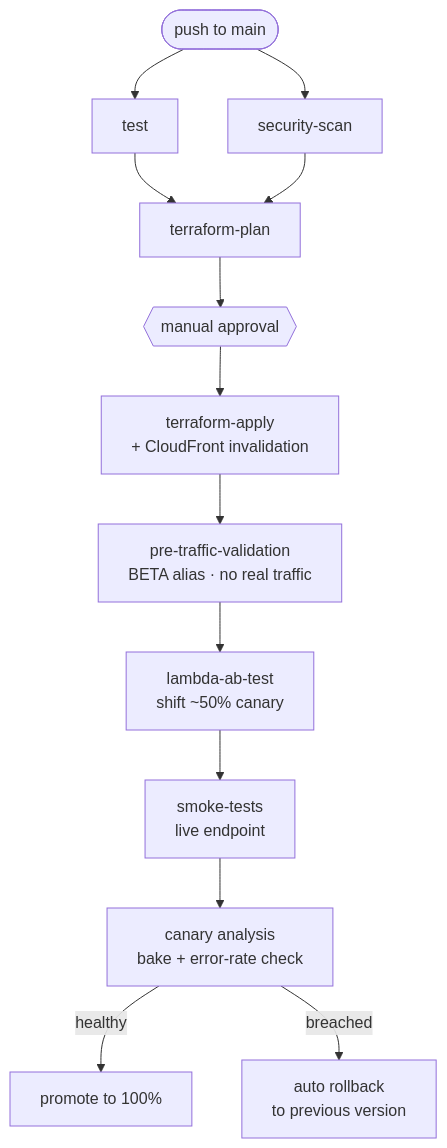
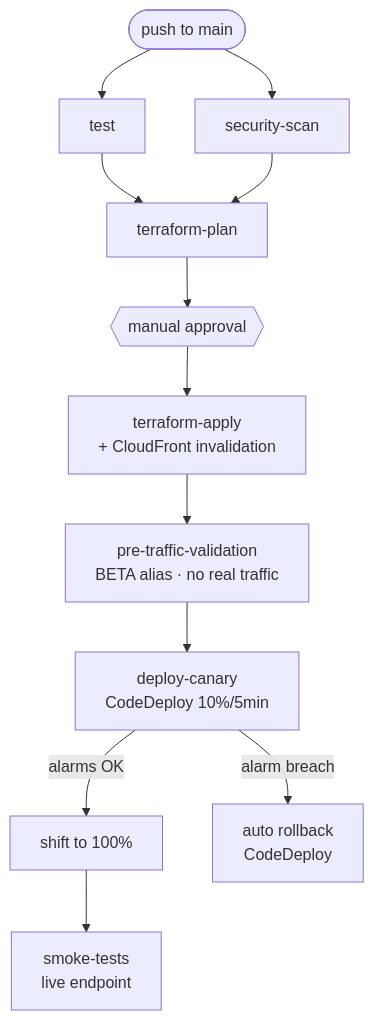
Before and after one commit to 4Min4m/TransactionSimulator: the second of 2 diagrams in README.md, drawn with Mermaid. The commit also changed other lines of this file, not shown here.

First line of the commit message:
Revise CI/CD process with AWS CodeDeploy integration

````diff
--- a/README.md
+++ b/README.md
@@ -223,15 +225,14 @@
 ```mermaid
 flowchart TD
     P([push to main]) --> T[test]
     P --> S[security-scan]
     T --> PLAN[terraform-plan]
     S --> PLAN
     PLAN --> APP{{manual approval}}
     APP --> APPLY[terraform-apply<br/>+ CloudFront invalidation]
     APPLY --> PRE[pre-traffic-validation<br/>BETA alias · no real traffic]
-    PRE --> AB[lambda-ab-test<br/>shift ~50% canary]
-    AB --> SMOKE[smoke-tests<br/>live endpoint]
-    SMOKE --> CAN[canary analysis<br/>bake + error-rate check]
-    CAN -->|healthy| PROM[promote to 100%]
-    CAN -->|breached| RB[auto rollback<br/>to previous version]
+    PRE --> CD[deploy-canary<br/>CodeDeploy 10%/5min]
+    CD -->|alarms OK| PROM[shift to 100%]
+    CD -->|alarm breach| RB[auto rollback<br/>CodeDeploy]
+    PROM --> SMOKE[smoke-tests<br/>live endpoint]
 ```
````
